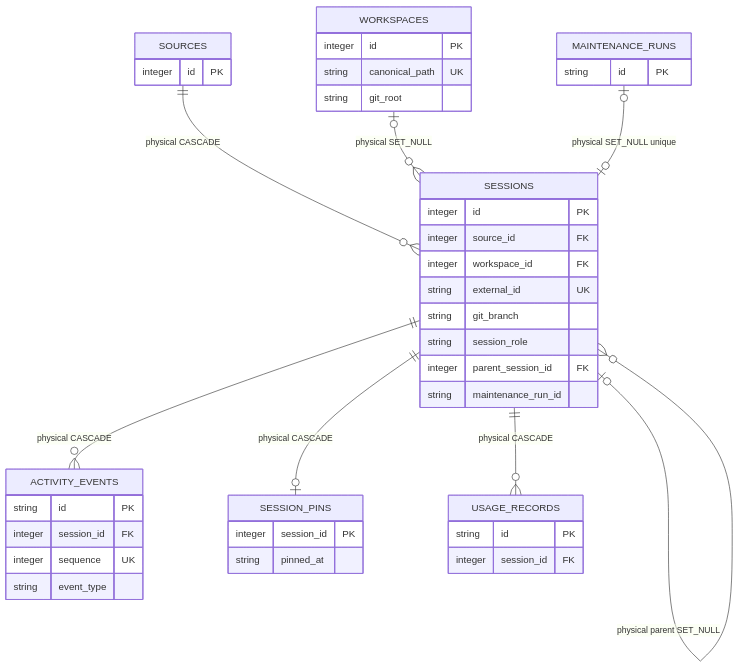
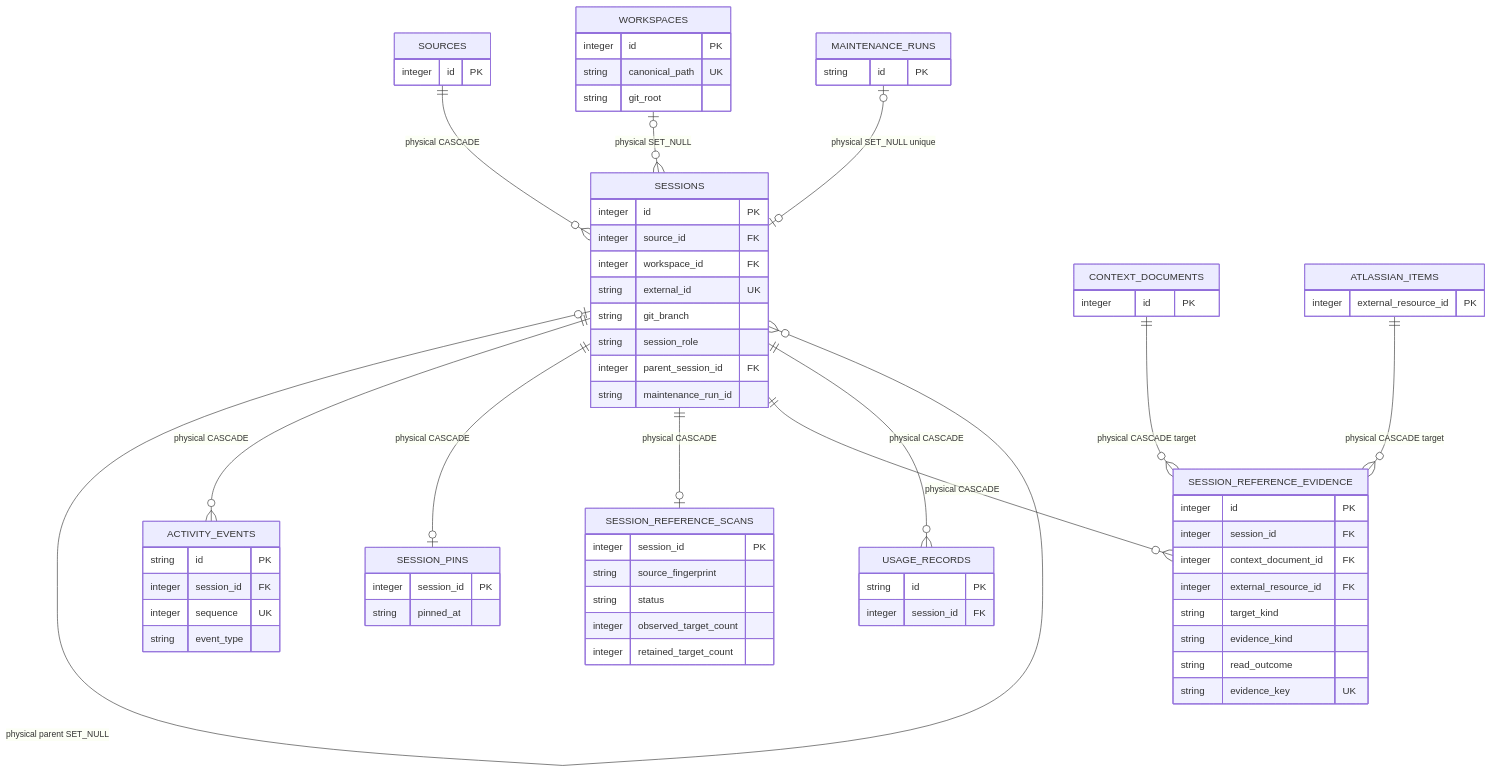
Before and after one commit to chochita0311/local-brain: the diagram in docs/policies/project/data-model/workspace-and-session-activity.md, drawn with Mermaid. The commit also changed other lines of this file and 163 other files, not shown here.

Commit message:
feat: complete multi-source session context workflows

````diff
--- a/docs/policies/project/data-model/workspace-and-session-activity.md
+++ b/docs/policies/project/data-model/workspace-and-session-activity.md
@@ -11,39 +11,62 @@
 ```mermaid
 erDiagram
     SOURCES { integer id PK }
     WORKSPACES {
         integer id PK
         string canonical_path UK
         string git_root
     }
     SESSIONS {
         integer id PK
         integer source_id FK
         integer workspace_id FK
         string external_id UK
         string git_branch
         string session_role
         integer parent_session_id FK
         string maintenance_run_id
     }
     ACTIVITY_EVENTS {
         string id PK
         integer session_id FK
         integer sequence UK
         string event_type
     }
     SESSION_PINS {
         integer session_id PK
         string pinned_at
     }
+    SESSION_REFERENCE_SCANS {
+        integer session_id PK
+        string source_fingerprint
+        string status
+        integer observed_target_count
+        integer retained_target_count
+    }
+    SESSION_REFERENCE_EVIDENCE {
+        integer id PK
+        integer session_id FK
+        integer context_document_id FK
+        integer external_resource_id FK
+        string target_kind
+        string evidence_kind
+        string read_outcome
+        string evidence_key UK
+    }
+    CONTEXT_DOCUMENTS { integer id PK }
+    ATLASSIAN_ITEMS { integer external_resource_id PK }
     MAINTENANCE_RUNS { string id PK }
     USAGE_RECORDS { string id PK integer session_id FK }
 
     SOURCES ||--o{ SESSIONS : "physical CASCADE"
     WORKSPACES o|--o{ SESSIONS : "physical SET_NULL"
     SESSIONS o|--o{ SESSIONS : "physical parent SET_NULL"
     SESSIONS ||--o{ ACTIVITY_EVENTS : "physical CASCADE"
     SESSIONS ||--o| SESSION_PINS : "physical CASCADE"
+    SESSIONS ||--o| SESSION_REFERENCE_SCANS : "physical CASCADE"
+    SESSIONS ||--o{ SESSION_REFERENCE_EVIDENCE : "physical CASCADE"
+    CONTEXT_DOCUMENTS ||--o{ SESSION_REFERENCE_EVIDENCE : "physical CASCADE target"
+    ATLASSIAN_ITEMS ||--o{ SESSION_REFERENCE_EVIDENCE : "physical CASCADE target"
     SESSIONS ||--o{ USAGE_RECORDS : "physical CASCADE"
     MAINTENANCE_RUNS o|--o| SESSIONS : "physical SET_NULL unique"
 ```
````
